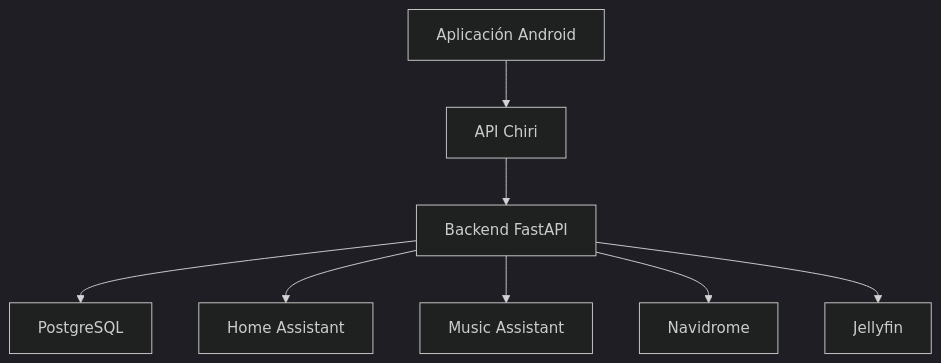
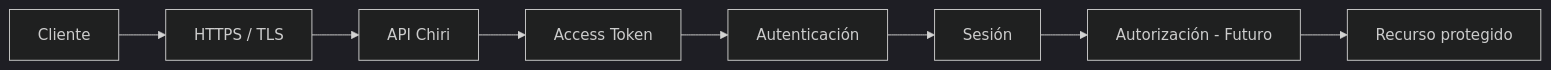
Before and after one commit to chirijose79-ui/Chiri: diagram 21 of 21 in docs/060_API.md, drawn with Mermaid (dark theme). The commit also changed other lines of this file, not shown here.

Commit message:
docs(api): complete API contract documentation

````diff
--- a/docs/060_API.md
+++ b/docs/060_API.md
@@ -6064,34 +6612,28 @@
 ```mermaid
-flowchart TB
+flowchart LR
 
-    Android["Aplicación Android"]
+    Client["Cliente"]
+
+    HTTPS["HTTPS / TLS"]
 
     API["API Chiri"]
 
-    Backend["Backend FastAPI"]
+    Token["Access Token"]
 
-    DB["PostgreSQL"]
+    Auth["Autenticación"]
 
-    HA["Home Assistant"]
+    Session["Sesión"]
 
-    MA["Music Assistant"]
+    Authorization["Autorización - Futuro"]
 
-    NAV["Navidrome"]
-
-    JF["Jellyfin"]
+    Resource["Recurso protegido"]
 
 
-    Android --> API
-
-    API --> Backend
-
-    Backend --> DB
-
-    Backend --> HA
-
-    Backend --> MA
-
-    Backend --> NAV
-
-    Backend --> JF
+    Client --> HTTPS
+    HTTPS --> API
+    API --> Token
+    Token --> Auth
+    Auth --> Session
+    Session --> Authorization
+    Authorization --> Resource
 ```
````
